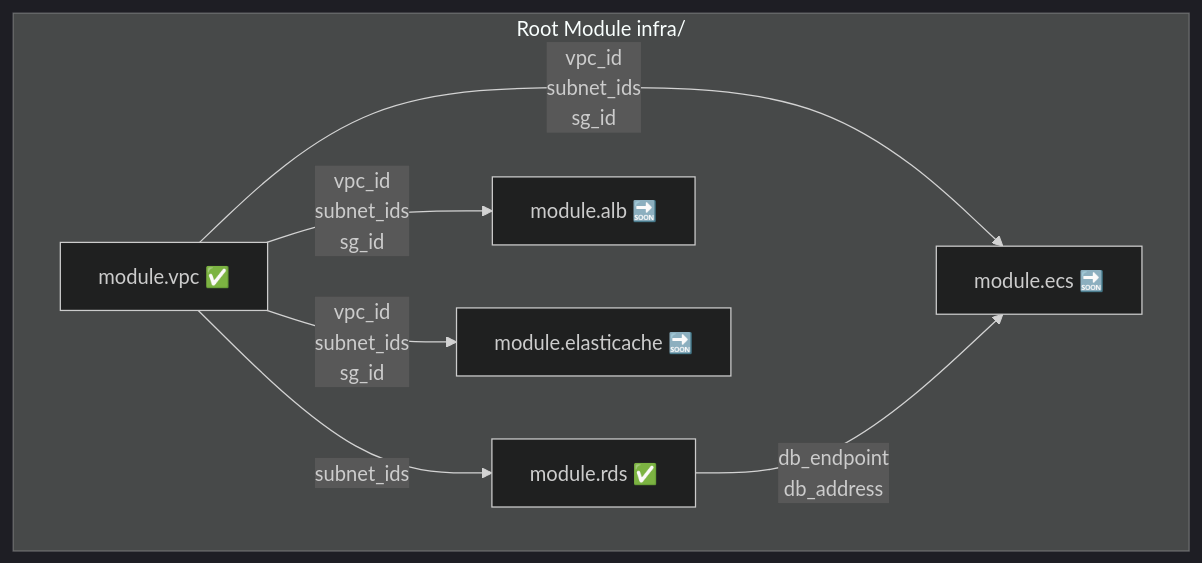
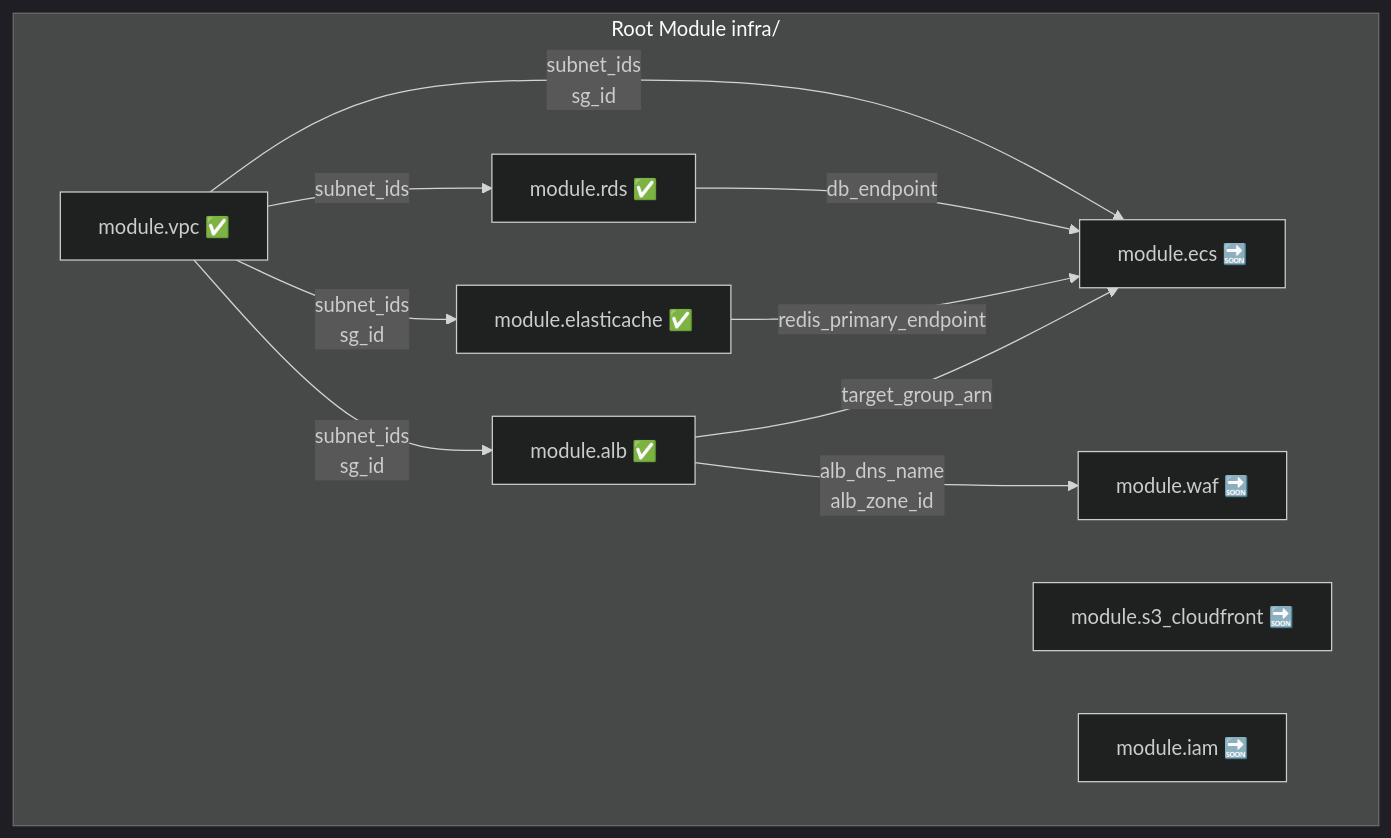
One commit to 986913/WHATTOEAT changed the first of 2 diagrams in infra/README.md. Above: the diagram before and after it, drawn with Mermaid (dark theme). The commit also changed other lines of this file, not shown here.

````diff
--- a/infra/README.md
+++ b/infra/README.md
@@ -29,16 +31,22 @@
 ```mermaid
 graph TD
     subgraph Root["Root Module infra/"]
         VPC["module.vpc ✅"]
         RDS["module.rds ✅"]
-        ALB["module.alb 🔜"]
+        CACHE["module.elasticache ✅"]
+        ALB["module.alb ✅"]
         ECS["module.ecs 🔜"]
-        CACHE["module.elasticache 🔜"]
+        S3CF["module.s3_cloudfront 🔜"]
+        WAF["module.waf 🔜"]
+        IAM["module.iam 🔜"]
     end
 
     VPC -- "subnet_ids" --> RDS
-    VPC -- "vpc_id\nsubnet_ids\nsg_id" --> ALB
-    VPC -- "vpc_id\nsubnet_ids\nsg_id" --> ECS
-    VPC -- "vpc_id\nsubnet_ids\nsg_id" --> CACHE
-    RDS -- "db_endpoint\ndb_address" --> ECS
+    VPC -- "subnet_ids\nsg_id" --> CACHE
+    VPC -- "subnet_ids\nsg_id" --> ALB
+    VPC -- "subnet_ids\nsg_id" --> ECS
+    RDS -- "db_endpoint" --> ECS
+    CACHE -- "redis_primary_endpoint" --> ECS
+    ALB -- "target_group_arn" --> ECS
+    ALB -- "alb_dns_name\nalb_zone_id" --> WAF
 ```
````
